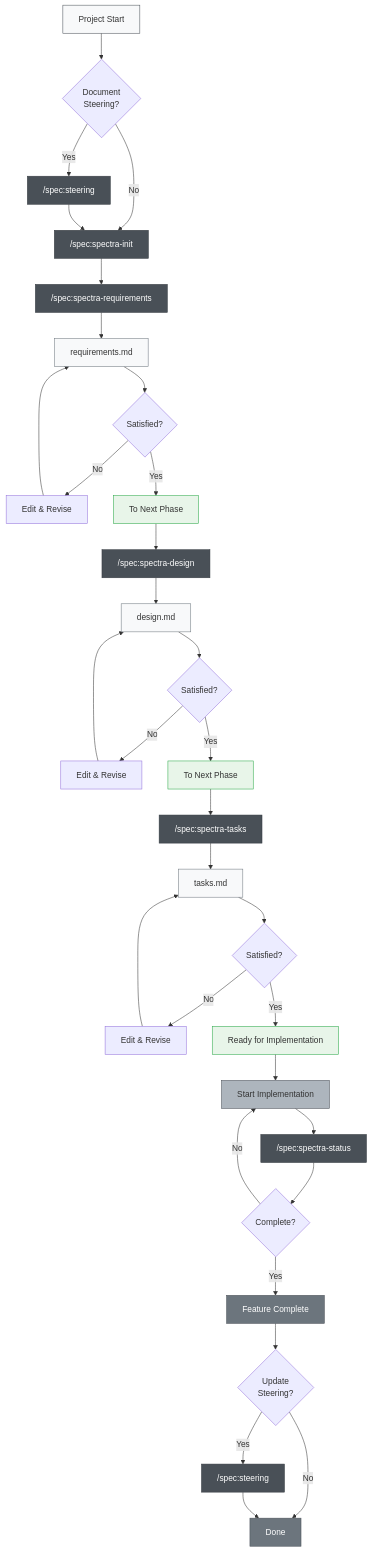
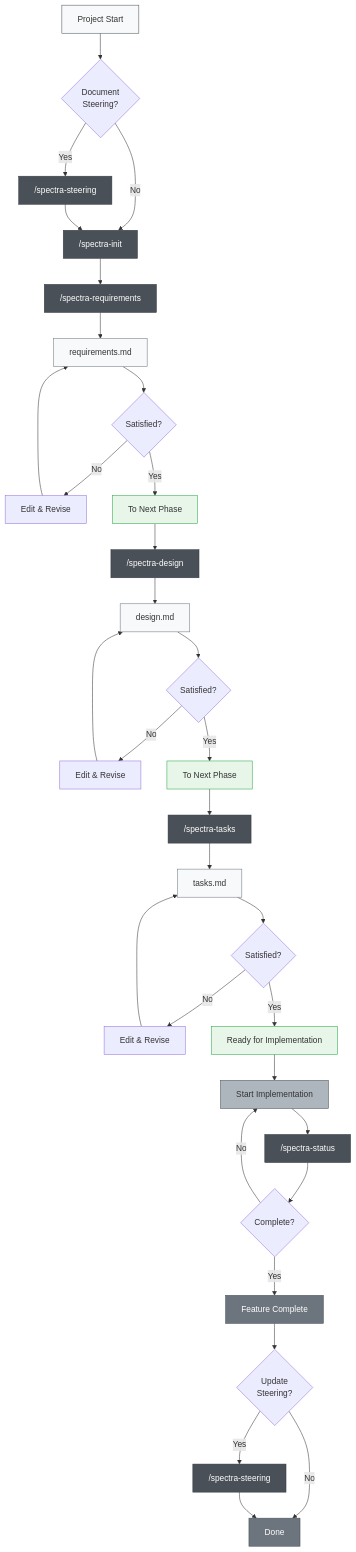
One commit to nekolife1984/spectra changed the first of 2 diagrams in docs/README/README_en.md. Above: the diagram before and after it, drawn with Mermaid. The commit also changed other lines of this file and 30 other files, not shown here.

````diff
--- a/docs/README/README_en.md
+++ b/docs/README/README_en.md
@@ -131,58 +131,58 @@
 ```mermaid
 graph TD
     A["Project Start"] --> B{"Document<br/>Steering?"}
-    B -->|Yes| C["/spec:steering"]
-    B -->|No| D["/spec:spectra-init"]
+    B -->|Yes| C["/spectra-steering"]
+    B -->|No| D["/spectra-init"]
     C --> D
     
-    D --> E["/spec:spectra-requirements"]
+    D --> E["/spectra-requirements"]
     E --> F["requirements.md"]
     F --> G{"Satisfied?"}
     G -->|No| G1["Edit & Revise"]
     G1 --> F
     G -->|Yes| H["To Next Phase"]
     
-    H --> I["/spec:spectra-design"]
+    H --> I["/spectra-design"]
     I --> J["design.md"]
     J --> K{"Satisfied?"}
     K -->|No| K1["Edit & Revise"]
     K1 --> J
     K -->|Yes| L["To Next Phase"]
     
-    L --> M["/spec:spectra-tasks"]
+    L --> M["/spectra-tasks"]
     M --> N["tasks.md"]
     N --> O{"Satisfied?"}
     O -->|No| O1["Edit & Revise"]
     O1 --> N
     O -->|Yes| P["Ready for Implementation"]
     
     P --> Q["Start Implementation"]
-    Q --> R["/spec:spectra-status"]
+    Q --> R["/spectra-status"]
     R --> S{"Complete?"}
     S -->|No| Q
     S -->|Yes| T["Feature Complete"]
     
     T --> U{"Update<br/>Steering?"}
-    U -->|Yes| V["/spec:steering"]
+    U -->|Yes| V["/spectra-steering"]
     U -->|No| W["Done"]
     V --> W
     
     %% Style definitions
     style A fill:#f8f9fa,stroke:#495057
     style C fill:#495057,stroke:#343a40,color:#ffffff
     style D fill:#495057,stroke:#343a40,color:#ffffff
     style E fill:#495057,stroke:#343a40,color:#ffffff
     style I fill:#495057,stroke:#343a40,color:#ffffff
     style M fill:#495057,stroke:#343a40,color:#ffffff
     style R fill:#495057,stroke:#343a40,color:#ffffff
     style V fill:#495057,stroke:#343a40,color:#ffffff
     style F fill:#f8f9fa,stroke:#6c757d
     style J fill:#f8f9fa,stroke:#6c757d
     style N fill:#f8f9fa,stroke:#6c757d
     style H fill:#e8f5e9,stroke:#28a745
     style L fill:#e8f5e9,stroke:#28a745
     style P fill:#e8f5e9,stroke:#28a745
     style Q fill:#adb5bd,stroke:#495057
     style T fill:#6c757d,stroke:#495057,color:#ffffff
     style W fill:#6c757d,stroke:#495057,color:#ffffff
 ```
````
